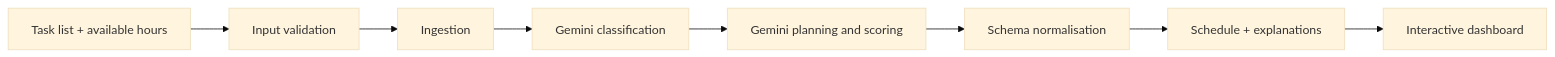
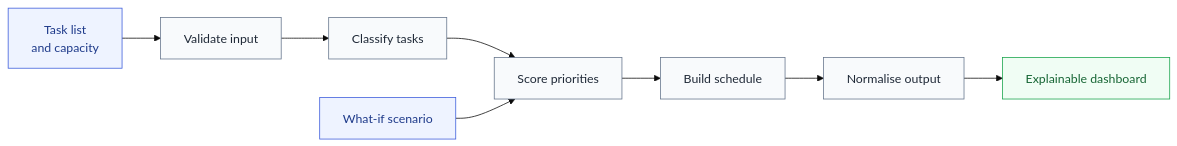
The diagram in README.md (megh267/OrchestrAI), drawn with Mermaid (base theme) before and after one commit. The commit also changed other lines of this file, not shown here.

````diff
--- a/README.md
+++ b/README.md
@@ -36,10 +62,17 @@
 ```mermaid
 flowchart LR
-    U[Task list + available hours] --> V[Input validation]
-    V --> I[Ingestion]
-    I --> C[Gemini classification]
-    C --> P[Gemini planning and scoring]
-    P --> N[Schema normalisation]
-    N --> S[Schedule + explanations]
-    S --> D[Interactive dashboard]
+    A[Task list<br/>and capacity] --> B[Validate input]
+    B --> C[Classify tasks]
+    C --> D[Score priorities]
+    D --> E[Build schedule]
+    E --> F[Normalise output]
+    F --> G[Explainable dashboard]
+    H[What-if scenario] --> D
+
+    classDef input fill:#eef3ff,stroke:#3b5bdb,color:#1e3a8a;
+    classDef process fill:#f8fafc,stroke:#64748b,color:#1f2937;
+    classDef output fill:#f0fdf4,stroke:#16a34a,color:#166534;
+    class A,H input;
+    class B,C,D,E,F process;
+    class G output;
 ```
````
